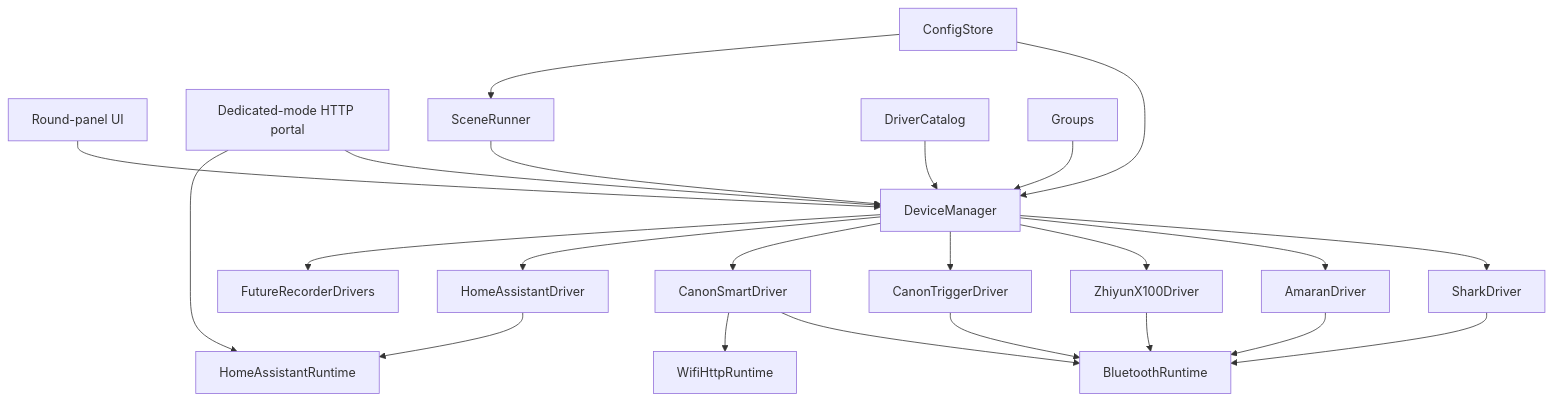
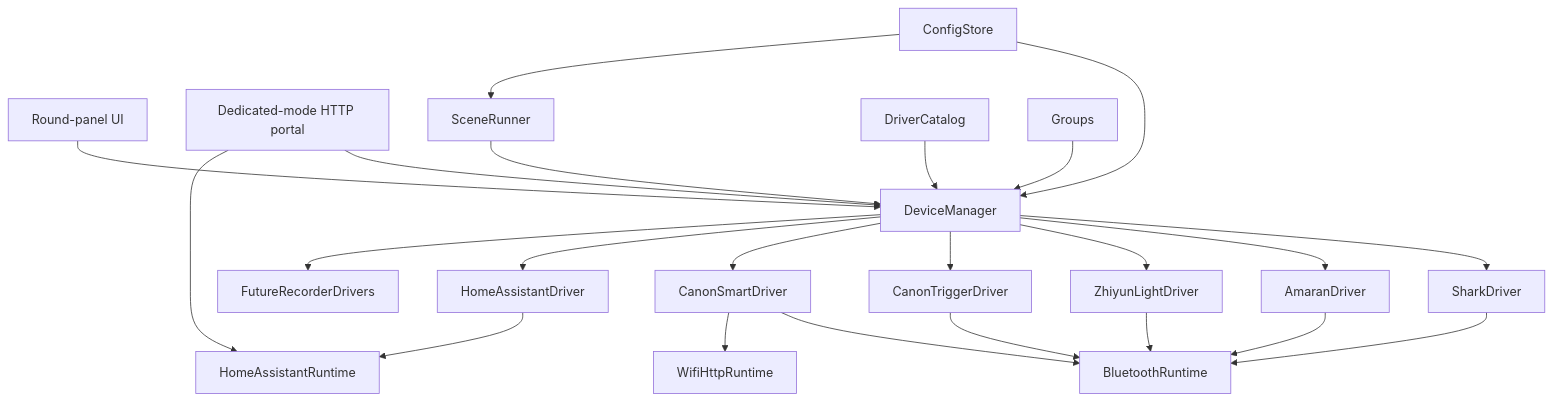
One commit to nethunter/bleep changed the diagram in docs/architecture.md. Above: the diagram before and after it, drawn with Mermaid. The commit also changed other lines of this file and 29 other files, not shown here.

Commit message:
Add multi-model Zhiyun Light support

````diff
--- a/docs/architecture.md
+++ b/docs/architecture.md
@@ -14,25 +14,25 @@
 ```mermaid
 flowchart TB
   PanelUI["Round-panel UI"] --> DeviceManager
   PortalUI["Dedicated-mode HTTP portal"] --> DeviceManager
   SceneRunner --> DeviceManager
   DriverCatalog --> DeviceManager
   Groups --> DeviceManager
   DeviceManager --> SharkDriver
   DeviceManager --> AmaranDriver
-  DeviceManager --> ZhiyunX100Driver
+  DeviceManager --> ZhiyunLightDriver
   DeviceManager --> CanonTriggerDriver
   DeviceManager --> CanonSmartDriver
   DeviceManager --> HomeAssistantDriver
   DeviceManager --> FutureRecorderDrivers
   SharkDriver --> BluetoothRuntime
   AmaranDriver --> BluetoothRuntime
-  ZhiyunX100Driver --> BluetoothRuntime
+  ZhiyunLightDriver --> BluetoothRuntime
   CanonTriggerDriver --> BluetoothRuntime
   CanonSmartDriver --> BluetoothRuntime
   CanonSmartDriver --> WifiHttpRuntime
   HomeAssistantDriver --> HomeAssistantRuntime
   PortalUI --> HomeAssistantRuntime
   ConfigStore --> DeviceManager
   ConfigStore --> SceneRunner
 ```
````
